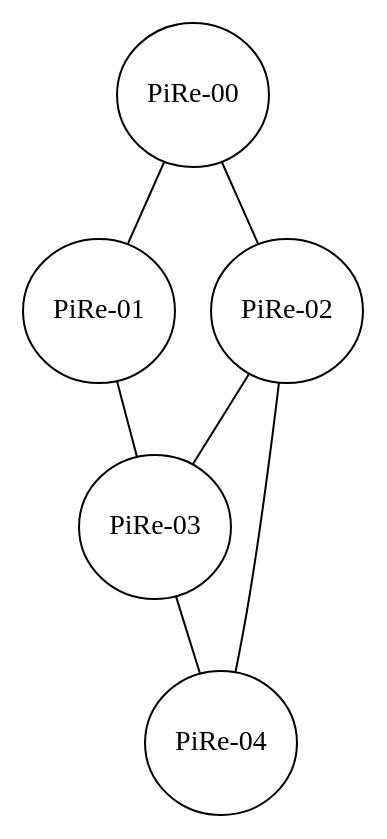
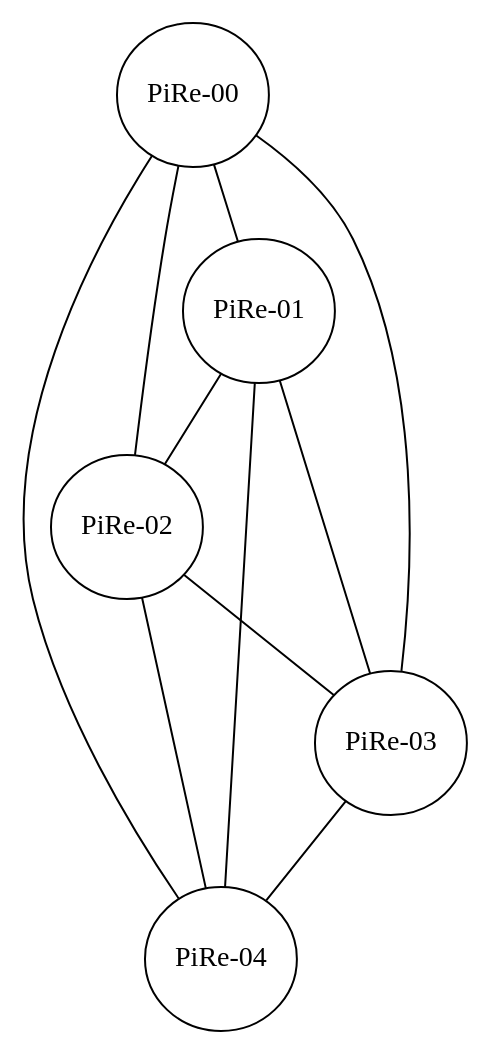
Before and after one commit to canbatuhan/pire-store-graduation: the diagram in pire/configuration/topology/topology.gv, drawn with Graphviz. The commit also changed 1 other file, not shown here.

```diff
--- a/pire/configuration/topology/topology.gv
+++ b/pire/configuration/topology/topology.gv
@@ -1,16 +1,20 @@
 digraph G {
     /* 1 NODES */
     "PiRe-00" [height=1 width=1]
     "PiRe-01" [height=1 width=1]
     "PiRe-02" [height=1 width=1]
     "PiRe-03" [height=1 width=1]
     "PiRe-04" [height=1 width=1]
 
     /* 2 CONNECTIONS */
     "PiRe-00" -> "PiRe-01" [arrowhead="both"]
     "PiRe-00" -> "PiRe-02" [arrowhead="both"]
+    "PiRe-00" -> "PiRe-03" [arrowhead="both"]
+    "PiRe-00" -> "PiRe-04" [arrowhead="both"]
+    "PiRe-01" -> "PiRe-02" [arrowhead="both"]
     "PiRe-01" -> "PiRe-03" [arrowhead="both"]
+    "PiRe-01" -> "PiRe-04" [arrowhead="both"]
     "PiRe-02" -> "PiRe-03" [arrowhead="both"]
     "PiRe-02" -> "PiRe-04" [arrowhead="both"]
     "PiRe-03" -> "PiRe-04" [arrowhead="both"]
 } 
```
